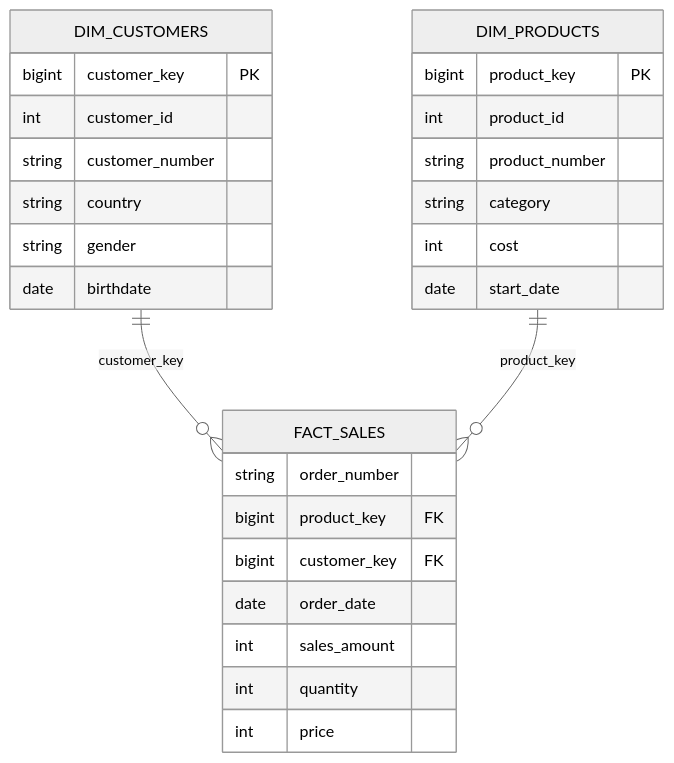
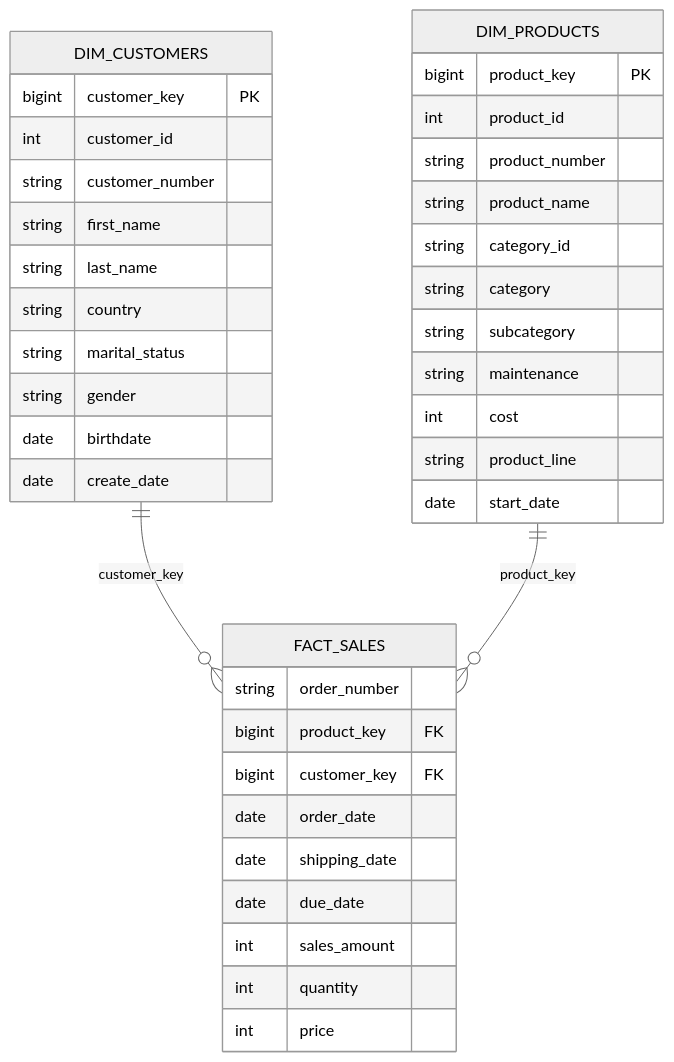
One commit to gw-ai-security/sql-data-engineering-portfolio changed the second of 2 diagrams in 01_data_warehouse/README.md. Above: the diagram before and after it, drawn with Mermaid (neutral theme). The commit also changed other lines of this file and 12 other files, not shown here.

````diff
--- a/01_data_warehouse/README.md
+++ b/01_data_warehouse/README.md
@@ -131,33 +114,44 @@
 ```mermaid
 erDiagram
     DIM_CUSTOMERS ||--o{ FACT_SALES : customer_key
     DIM_PRODUCTS ||--o{ FACT_SALES : product_key
 
     DIM_CUSTOMERS {
         bigint customer_key PK
         int customer_id
         string customer_number
+        string first_name
+        string last_name
         string country
+        string marital_status
         string gender
         date birthdate
+        date create_date
     }
 
     DIM_PRODUCTS {
         bigint product_key PK
         int product_id
         string product_number
+        string product_name
+        string category_id
         string category
+        string subcategory
+        string maintenance
         int cost
+        string product_line
         date start_date
     }
 
     FACT_SALES {
         string order_number
         bigint product_key FK
         bigint customer_key FK
         date order_date
+        date shipping_date
+        date due_date
         int sales_amount
         int quantity
         int price
     }
 ```
````
